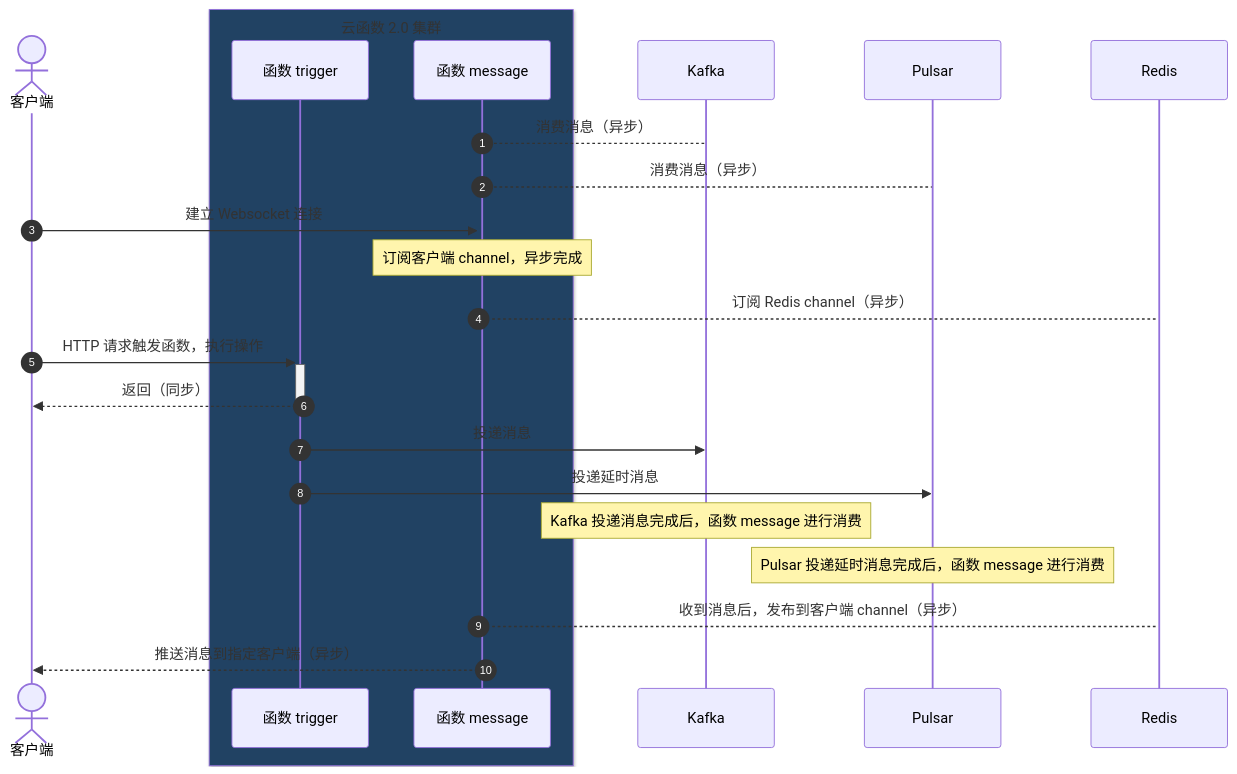
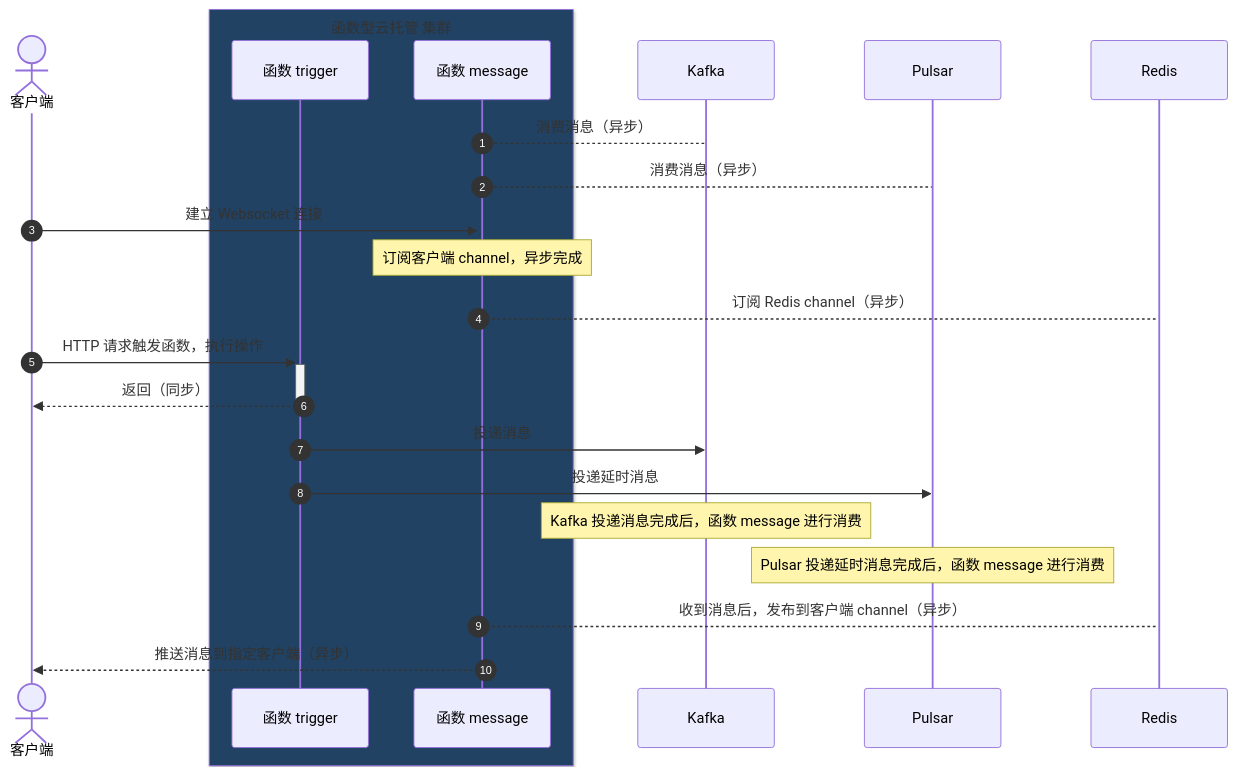
One commit to TencentCloudBase/cloudbase-examples changed the diagram in cloudrunfunctions/message-center/README.md. Above: the diagram before and after it, drawn with Mermaid. The commit also changed other lines of this file and 6 other files, not shown here.

Commit message:
docs: rename 云函数2.0 to 函数型云托管

````diff
--- a/cloudrunfunctions/message-center/README.md
+++ b/cloudrunfunctions/message-center/README.md
@@ -11,30 +11,30 @@
 ```mermaid
 sequenceDiagram
     autonumber
     actor c as 客户端
-    box rgb(33,66,99) 云函数 2.0 集群
+    box rgb(33,66,99) 函数型云托管 集群
     participant t as 函数 trigger
     participant m as 函数 message
     end
     participant k as Kafka
     participant p as Pulsar
     participant r as Redis
 
 
     m --> k: 消费消息（异步）
     m --> p: 消费消息（异步）
     c ->> +m: 建立 Websocket 连接
     note over m: 订阅客户端 channel，异步完成
     m --> r: 订阅 Redis channel（异步）
 
     c ->> +t: HTTP 请求触发函数，执行操作
     t -->> -c: 返回（同步）
     t ->> k: 投递消息
     t ->> p: 投递延时消息
 
     note over k: Kafka 投递消息完成后，函数 message 进行消费
     note over p: Pulsar 投递延时消息完成后，函数 message 进行消费
     m --> r: 收到消息后，发布到客户端 channel（异步）
     m -->> c: 推送消息到指定客户端（异步）
 
 ```
````
